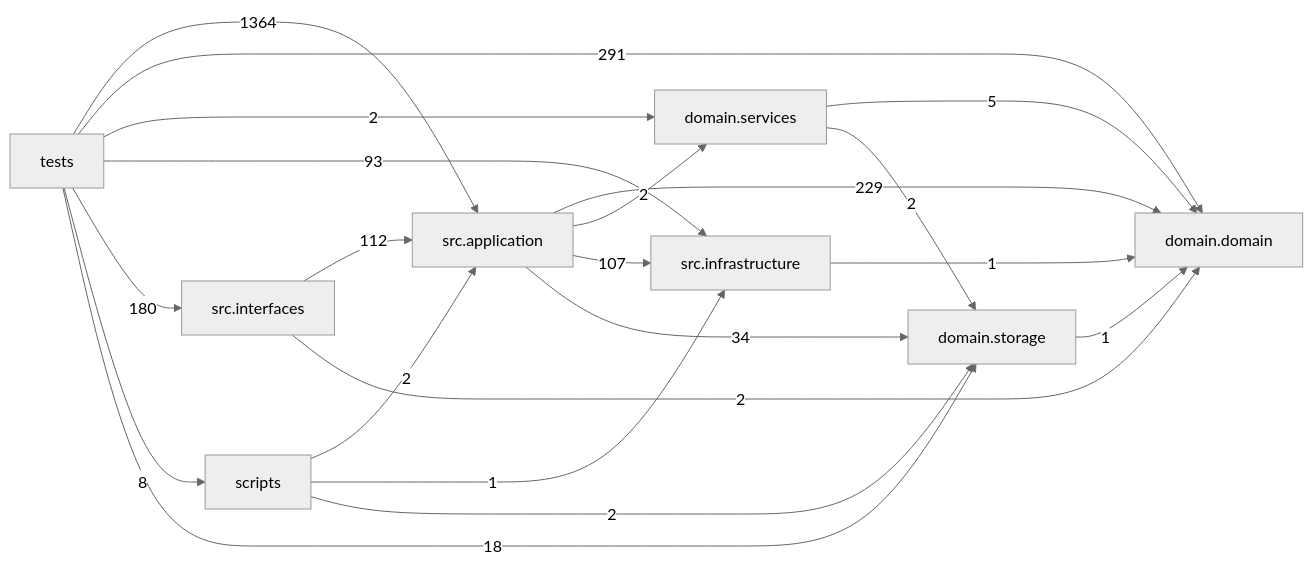
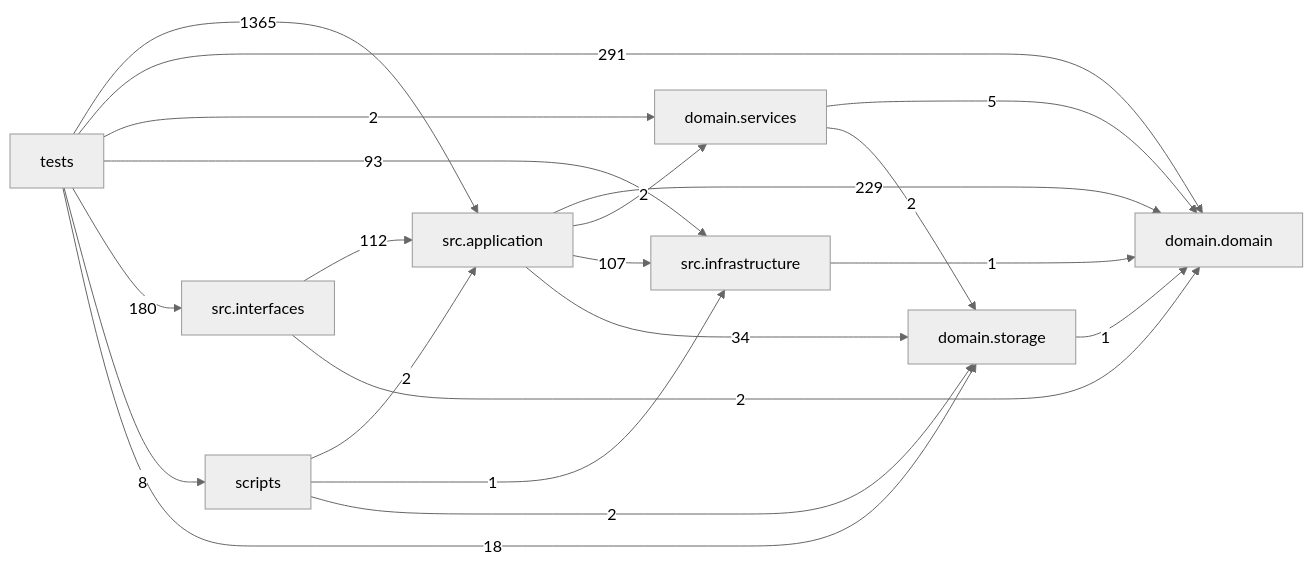
One commit to liuxie066/options-monitor changed the diagram in docs/DEPENDENCY_GRAPH.md. Above: the diagram before and after it, drawn with Mermaid (neutral theme). The commit also changed other lines of this file and 4 other files, not shown here.

````diff
--- a/docs/DEPENDENCY_GRAPH.md
+++ b/docs/DEPENDENCY_GRAPH.md
@@ -24,31 +24,31 @@
 ```mermaid
 flowchart LR
   tests["tests"]
   scripts["scripts"]
   interfaces["src.interfaces"]
   application["src.application"]
   infrastructure["src.infrastructure"]
   domain_services["domain.services"]
   domain["domain.domain"]
   storage["domain.storage"]
   application -->|229| domain
   application -->|2| domain_services
   application -->|107| infrastructure
   application -->|34| storage
   domain_services -->|5| domain
   domain_services -->|2| storage
   infrastructure -->|1| domain
   interfaces -->|112| application
   interfaces -->|2| domain
   scripts -->|2| application
   scripts -->|1| infrastructure
   scripts -->|2| storage
   storage -->|1| domain
-  tests -->|1364| application
+  tests -->|1365| application
   tests -->|291| domain
   tests -->|2| domain_services
   tests -->|93| infrastructure
   tests -->|180| interfaces
   tests -->|8| scripts
   tests -->|18| storage
 ```
````
